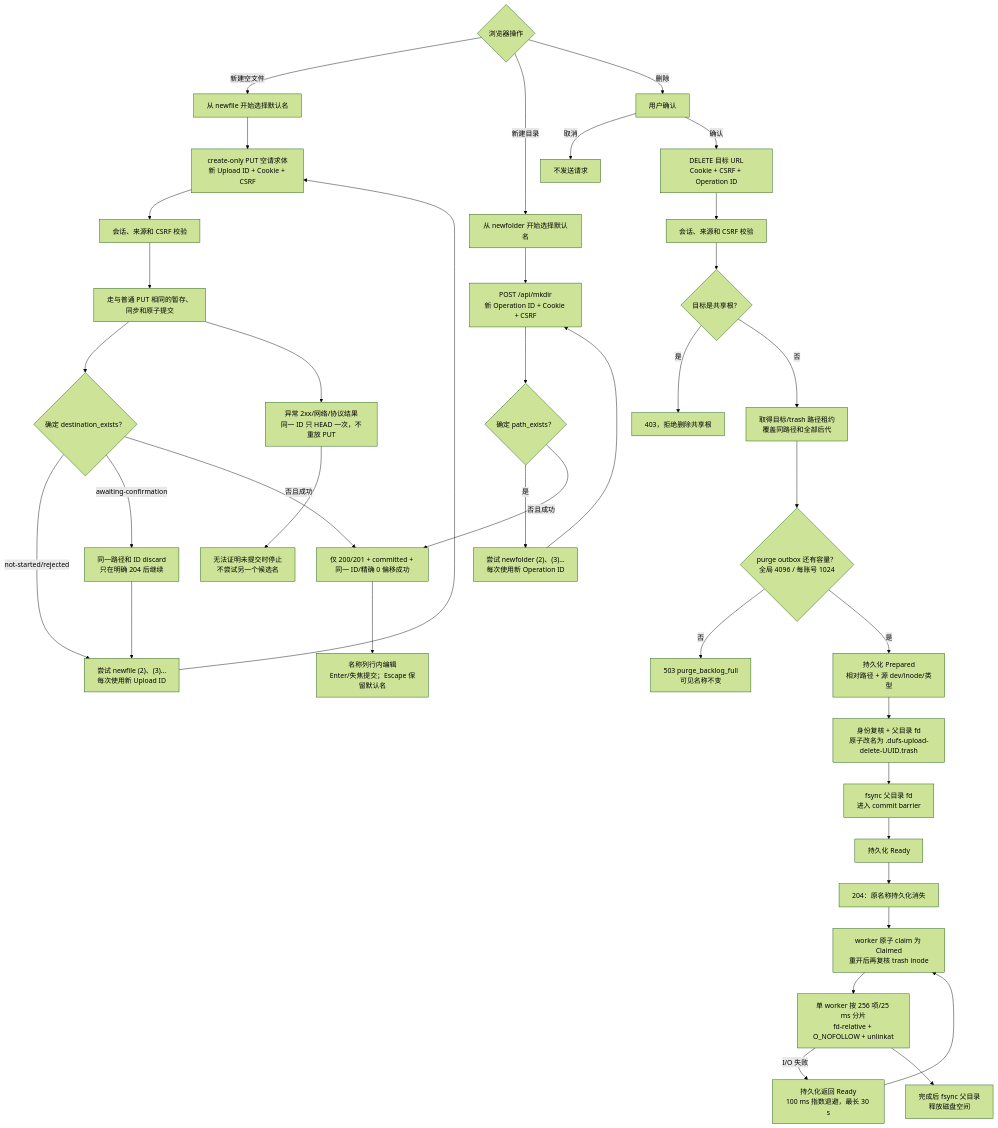
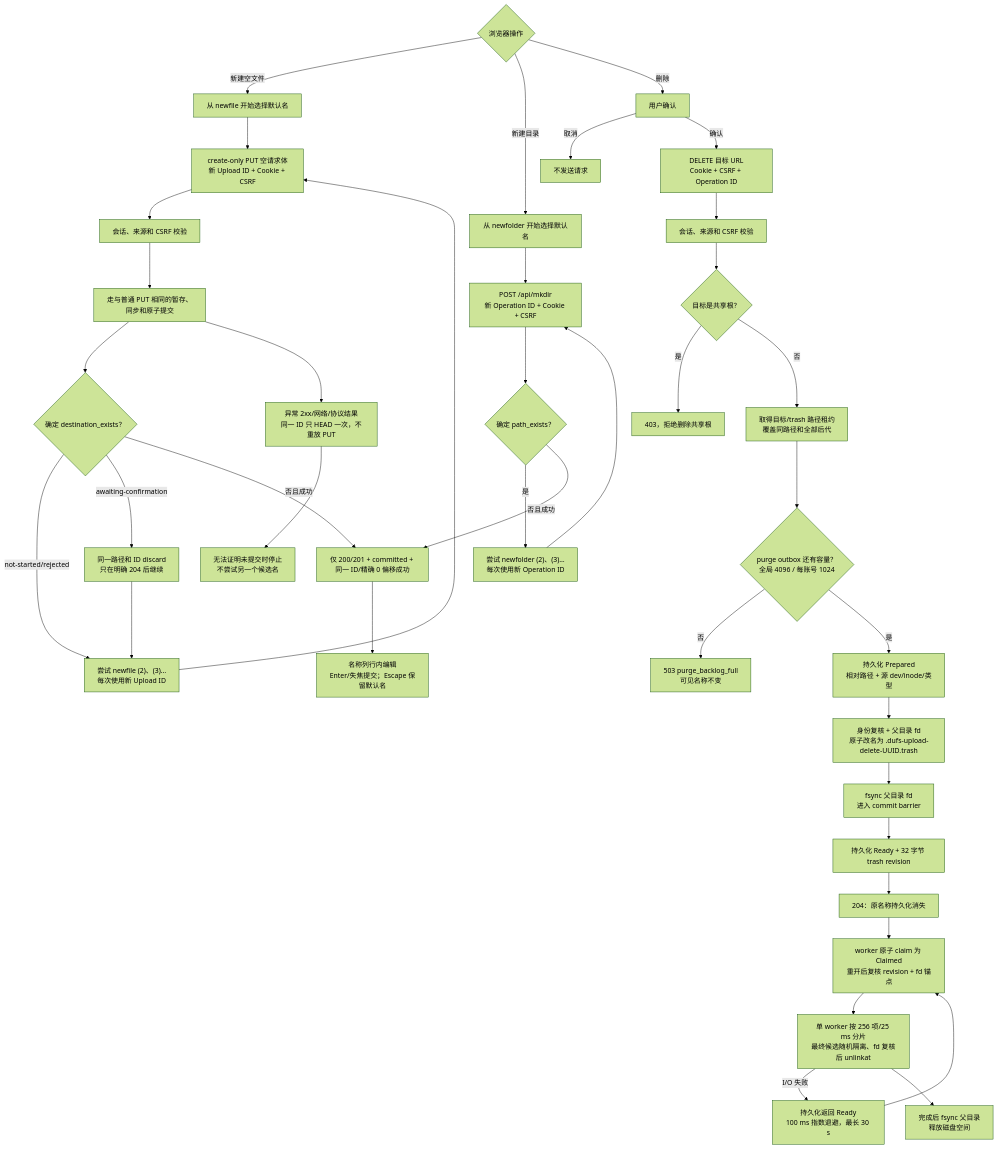
Before and after one commit to isarmg/dufs-ram: diagram 18 of 22 in docs/project-workflow.md, drawn with Mermaid (forest theme). The commit also changed other lines of this file and 14 other files, not shown here.

````diff
--- a/docs/project-workflow.md
+++ b/docs/project-workflow.md
@@ -772,41 +794,41 @@
 ```mermaid
 flowchart TD
     ACTION{"浏览器操作"} -->|新建空文件| FILE_NAME["从 newfile 开始选择默认名"]
     ACTION -->|新建目录| DIR_NAME["从 newfolder 开始选择默认名"]
     ACTION -->|删除| CONFIRM["用户确认"]
     FILE_NAME --> EMPTY["create-only PUT 空请求体<br/>新 Upload ID + Cookie + CSRF"]
     DIR_NAME --> MKDIR["POST /api/mkdir<br/>新 Operation ID + Cookie + CSRF"]
     EMPTY --> PUT_GUARD["会话、来源和 CSRF 校验"]
     PUT_GUARD --> UPLOAD["走与普通 PUT 相同的暂存、同步和原子提交"]
     MKDIR --> DIR_CONFLICT{"确定 path_exists？"}
     DIR_CONFLICT -- 是 --> NEXT_DIR["尝试 newfolder (2)、(3)…<br/>每次使用新 Operation ID"]
     NEXT_DIR --> MKDIR
     DIR_CONFLICT -- 否且成功 --> CREATED
     UPLOAD --> FILE_CONFLICT{"确定 destination_exists？"}
     FILE_CONFLICT -- not-started/rejected --> NEXT_FILE["尝试 newfile (2)、(3)…<br/>每次使用新 Upload ID"]
     FILE_CONFLICT -- awaiting-confirmation --> DISCARD["同一路径和 ID discard<br/>只在明确 204 后继续"]
     DISCARD --> NEXT_FILE
     NEXT_FILE --> EMPTY
     FILE_CONFLICT -- 否且成功 --> CREATED["仅 200/201 + committed + 同一 ID/精确 0 偏移成功"]
     CREATED --> INLINE["名称列行内编辑<br/>Enter/失焦提交；Escape 保留默认名"]
     UPLOAD --> UNCERTAIN["异常 2xx/网络/协议结果<br/>同一 ID 只 HEAD 一次，不重放 PUT"]
     UNCERTAIN --> STOP["无法证明未提交时停止<br/>不尝试另一个候选名"]
     CONFIRM -- 取消 --> CANCEL["不发送请求"]
     CONFIRM -- 确认 --> DELETE["DELETE 目标 URL<br/>Cookie + CSRF + Operation ID"]
     DELETE --> DELETE_GUARD["会话、来源和 CSRF 校验"]
     DELETE_GUARD --> ROOT{"目标是共享根？"}
     ROOT -- 是 --> ROOT_FORBIDDEN["403，拒绝删除共享根"]
     ROOT -- 否 --> LEASE["取得目标/trash 路径租约<br/>覆盖同路径和全部后代"]
     LEASE --> PREPARE{"purge outbox 还有容量？<br/>全局 4096 / 每账号 1024"}
     PREPARE -- 否 --> FULL["503 purge_backlog_full<br/>可见名称不变"]
     PREPARE -- 是 --> PREPARED["持久化 Prepared<br/>相对路径 + 源 dev/inode/类型"]
     PREPARED --> TRASH["身份复核 + 父目录 fd<br/>原子改名为 .dufs-upload-delete-UUID.trash"]
     TRASH --> SYNC["fsync 父目录 fd<br/>进入 commit barrier"]
-    SYNC --> READY["持久化 Ready"]
+    SYNC --> READY["持久化 Ready + 32 字节 trash revision"]
     READY --> NO_CONTENT["204：原名称持久化消失"]
-    NO_CONTENT --> CLAIM["worker 原子 claim 为 Claimed<br/>重开后再复核 trash inode"]
-    CLAIM --> PURGE["单 worker 按 256 项/25 ms 分片<br/>fd-relative + O_NOFOLLOW + unlinkat"]
+    NO_CONTENT --> CLAIM["worker 原子 claim 为 Claimed<br/>重开后复核 revision + fd 锚点"]
+    CLAIM --> PURGE["单 worker 按 256 项/25 ms 分片<br/>最终候选随机隔离、fd 复核后 unlinkat"]
     PURGE -- I/O 失败 --> RETRY["持久化返回 Ready<br/>100 ms 指数退避，最长 30 s"]
     RETRY --> CLAIM
     PURGE --> PURGE_SYNC["完成后 fsync 父目录<br/>释放磁盘空间"]
 ```
````
